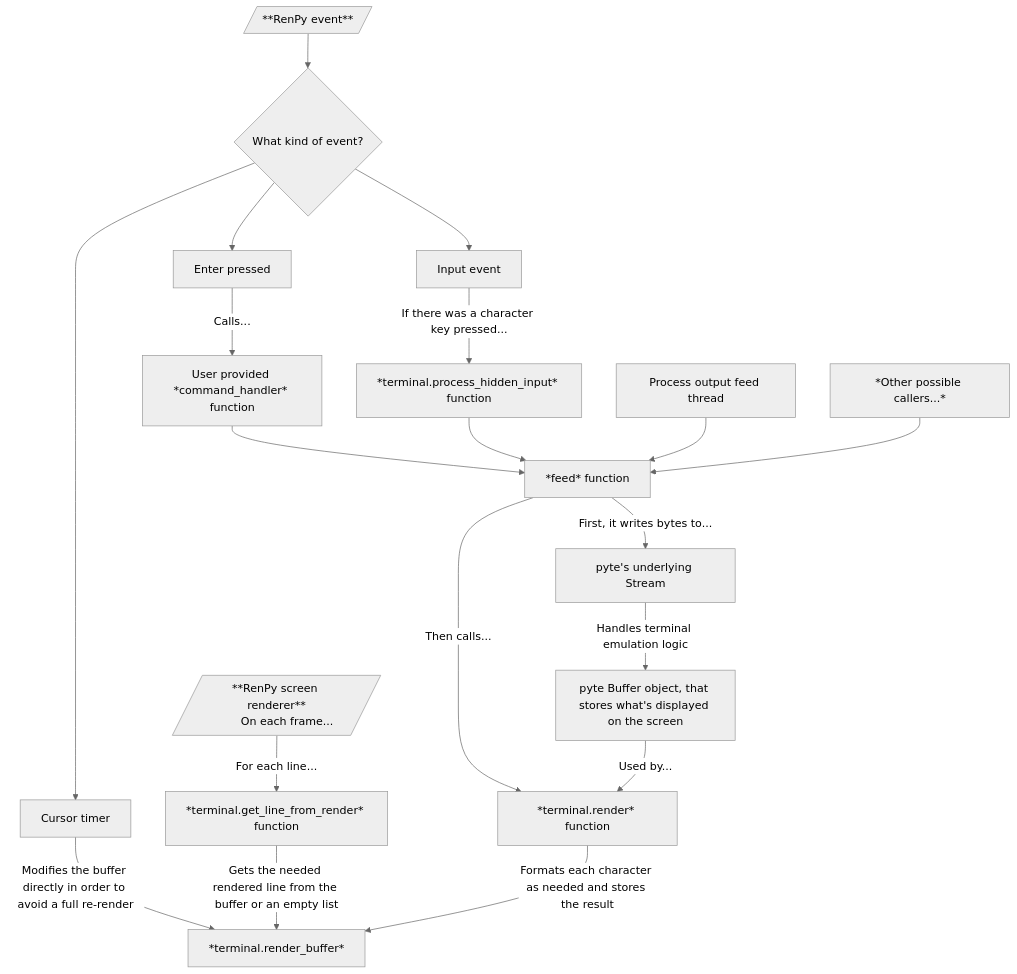
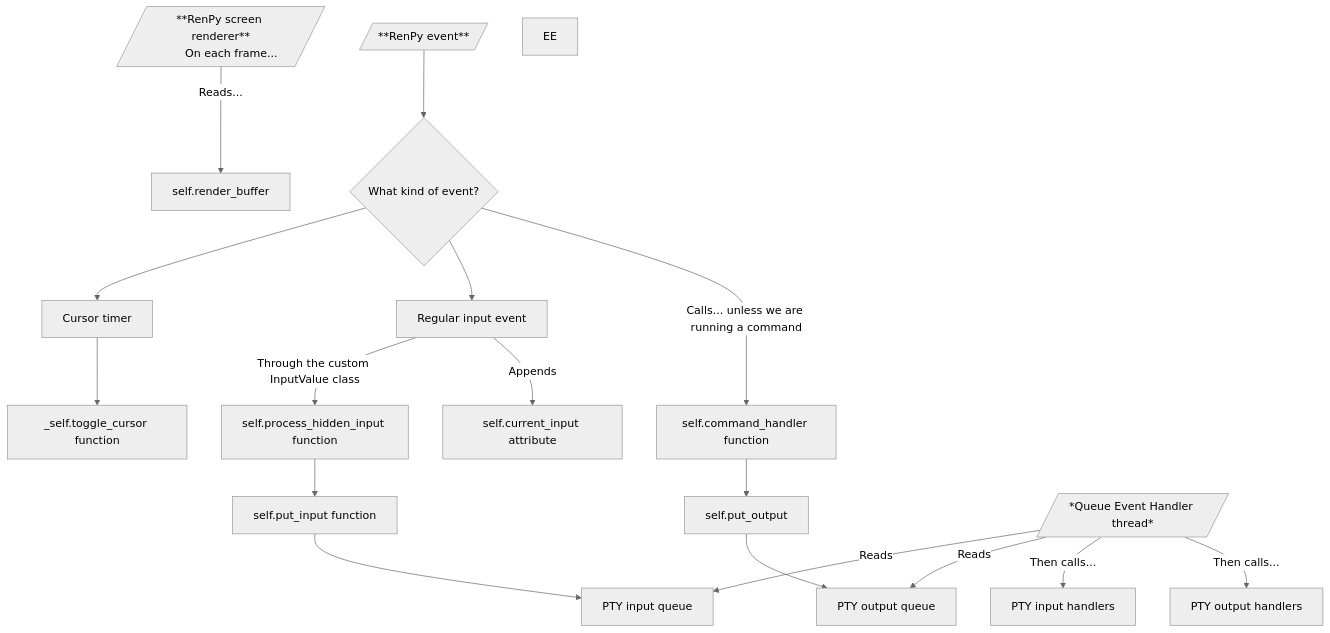
One commit to nm17/renpyterminal changed the third of 3 diagrams in docs/src/architecture/backend_overview.md. Above: the diagram before and after it, drawn with Mermaid (neutral theme). The commit also changed other lines of this file and 12 other files, not shown here.

````diff
--- a/docs/src/architecture/backend_overview.md
+++ b/docs/src/architecture/backend_overview.md
@@ -13,27 +69,27 @@
 ```mermaid
 flowchart TD;
     R[/**RenPy screen renderer**
-      On each frame... /] -->|For each line...| gvl[*terminal.get_line_from_render* function];
+      On each frame... /] -->|Reads...| RBuff[self.render_buffer];
 
     Re[/**RenPy event**/]-->EC{What kind of event?};
     EC-->CT[Cursor timer];
-    EC-->IE[Input event];
-    EC-->EE[Enter pressed];
-    EE -->|Calls...| CH[User provided *command_handler* function] --> feed;
-    PF[Process output feed thread];
-    CT -->|Modifies the buffer directly in order to avoid a full re-render| RB[*terminal.render_buffer*];
-    ReRen[*terminal.render* function];
-    
-    IE -->|If there was a character key pressed...| phi[*terminal.process_hidden_input* function];
-    phi --> feed;
-    PF --> feed;
-    feed -->|Then calls...| ReRen;
-    Other[*Other possible callers...*] --> feed[*feed* function];
+    EC-->IE[Regular input event];
+    EC-->|Calls... unless we are running a command | cmdHandler[self.command_handler function];
 
-    feed -->|First, it writes bytes to...| pyteStream[pyte's underlying Stream];
-    pyteStream -->|Handles terminal emulation logic| pyteBuffer[pyte Buffer object, that stores what's displayed on the screen];
-    pyteBuffer -->|Used by...| ReRen;
+    CT-->TC[_self.toggle_cursor function]
 
-    gvl -->|Gets the needed rendered line from the buffer or an empty list| RB;
-    ReRen -->|Formats each character as needed and stores the result| RB;
+    EE  
+    cmdHandler --> po[self.put_output]
+    po --> out_q[PTY output queue]
+
+    IE -->|Through the custom InputValue class| phi[self.process_hidden_input function]
+    IE -->|Appends| curinp[self.current_input attribute]
+    phi --> pi[self.put_input function]
+    pi --> in_q[PTY input queue]
+
+    q_t -->|Reads| in_q
+    q_t -->|Reads| out_q
+    q_t[/*Queue Event Handler thread*/] -->|Then calls...| in_q_h[PTY input handlers]
+    q_t[/*Queue Event Handler thread*/] -->|Then calls...| out_q_h[PTY output handlers]
+
 ```
````
